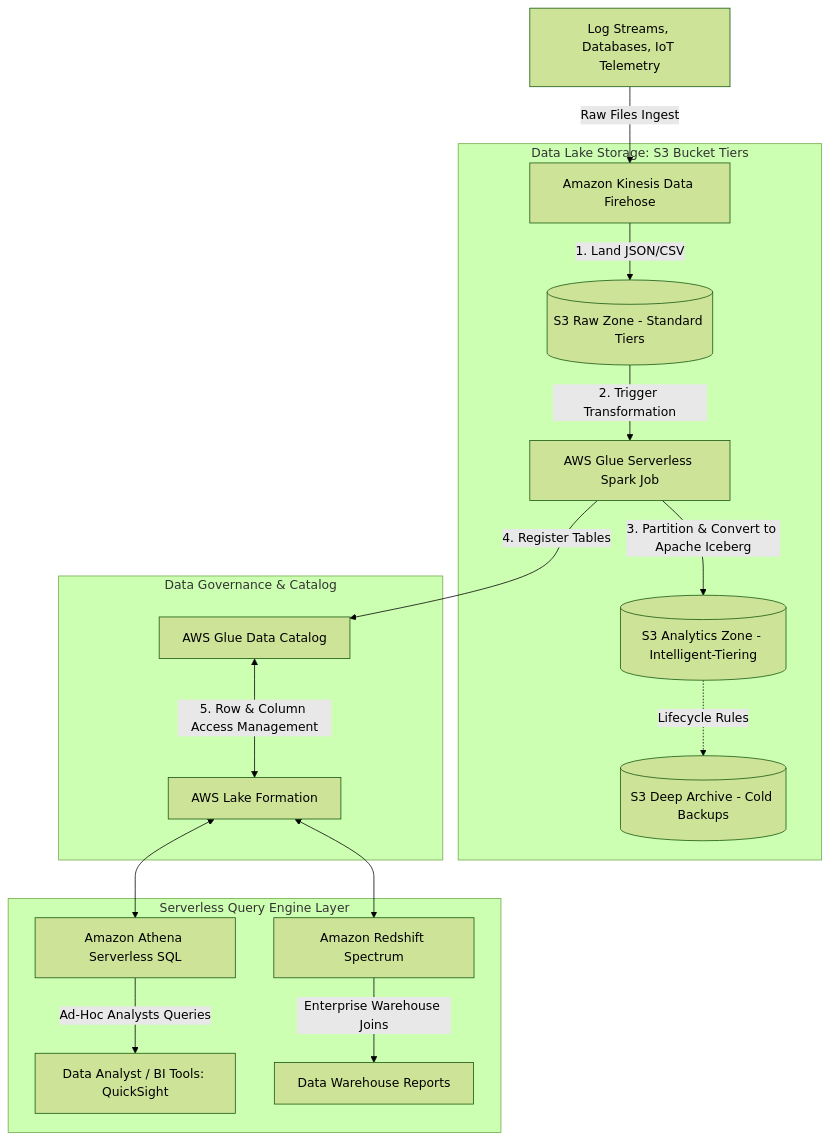
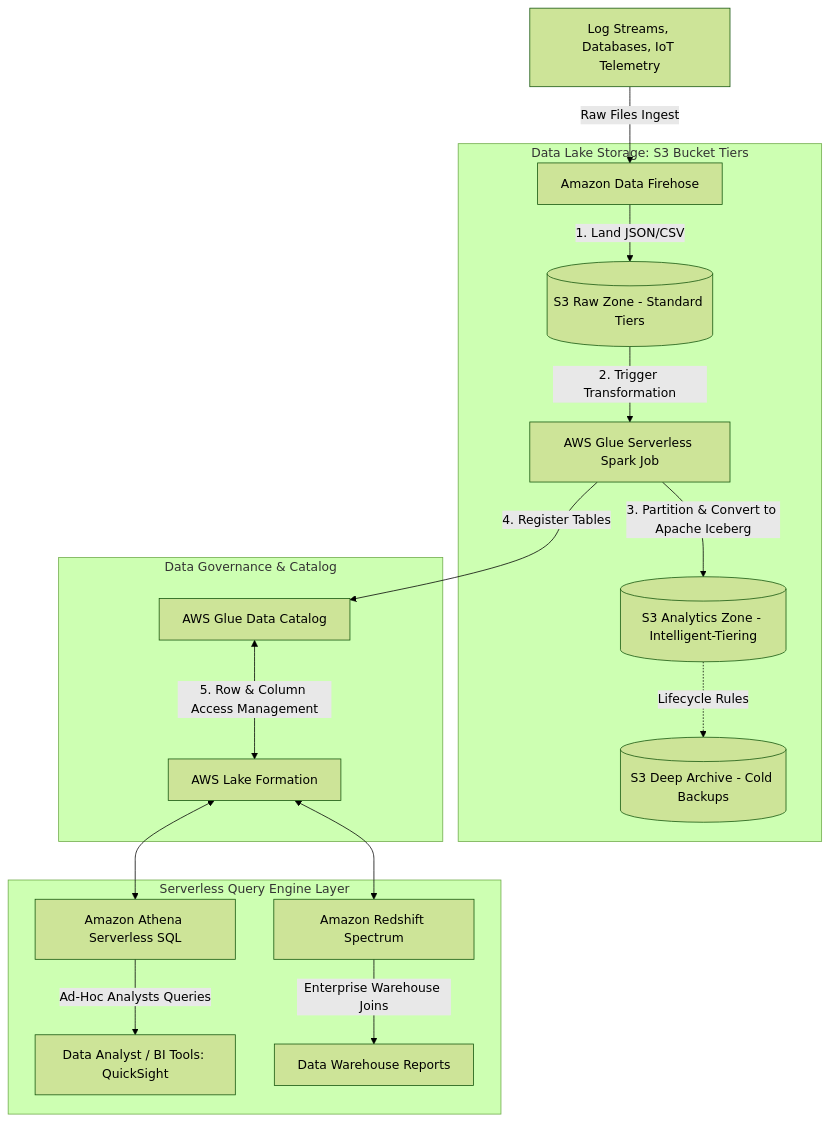
One commit to himanshubhardwaj87/awesome-aws-architecture changed the diagram in scenarios/06-cost-optimized-data-lake.md. Above: the diagram before and after it, drawn with Mermaid (forest theme). The commit also changed other lines of this file and 18 other files, not shown here.

````diff
--- a/scenarios/06-cost-optimized-data-lake.md
+++ b/scenarios/06-cost-optimized-data-lake.md
@@ -30,26 +30,26 @@
 ```mermaid
 graph TD
-    Sources[Log Streams, Databases, IoT Telemetry] -->|Raw Files Ingest| Firehose[Amazon Kinesis Data Firehose]
+    Sources[Log Streams, Databases, IoT Telemetry] -->|Raw Files Ingest| Firehose[Amazon Data Firehose]
     
     subgraph Data_Lake_S3_Storage [Data Lake Storage: S3 Bucket Tiers]
         Firehose -->|1. Land JSON/CSV| S3_Raw[(S3 Raw Zone - Standard Tiers)]
         
         S3_Raw -->|2. Trigger Transformation| GlueETL[AWS Glue Serverless Spark Job]
         
         GlueETL -->|3. Partition & Convert to Apache Iceberg| S3_Analytics[(S3 Analytics Zone - Intelligent-Tiering)]
         S3_Analytics -.->|Lifecycle Rules| S3_Cold[(S3 Deep Archive - Cold Backups)]
     end
     
     subgraph Metadata_Governance [Data Governance & Catalog]
         GlueETL -->|4. Register Tables| Catalog[AWS Glue Data Catalog]
         Catalog <-->|5. Row & Column Access Management| LakeFormation[AWS Lake Formation]
     end
     
     subgraph Query_Engines_Layer [Serverless Query Engine Layer]
         LakeFormation <--> Athena[Amazon Athena Serverless SQL]
         LakeFormation <--> Spectrum[Amazon Redshift Spectrum]
         
         Athena -->|Ad-Hoc Analysts Queries| AnalyticsUsers[Data Analyst / BI Tools: QuickSight]
         Spectrum -->|Enterprise Warehouse Joins| WarehouseUsers[Data Warehouse Reports]
     end
 ```
````
